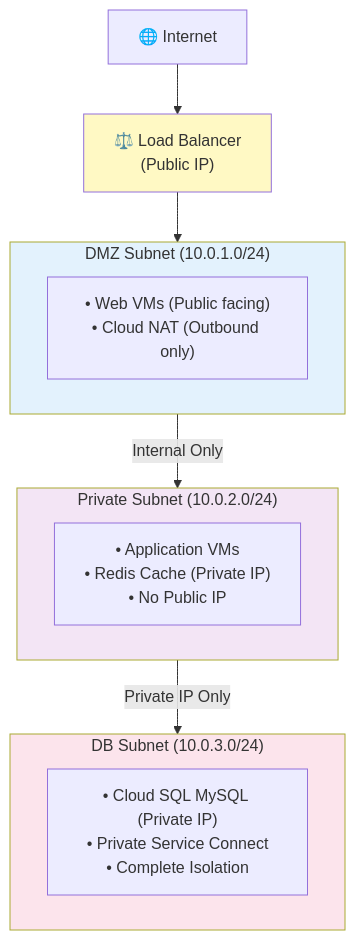
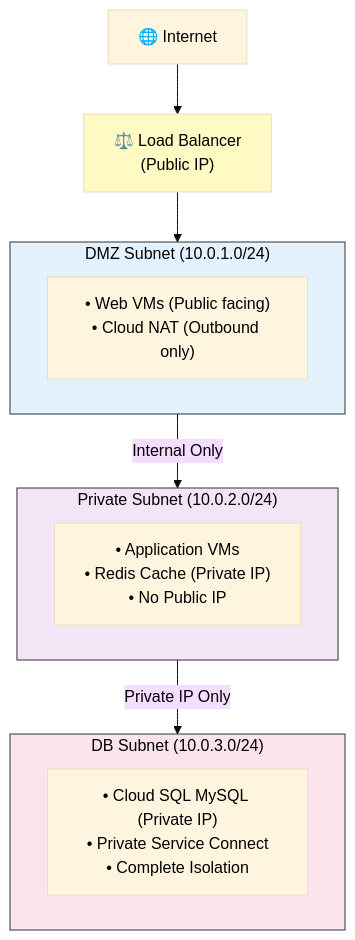
The first of 9 diagrams in terraform_gcp_infra/docs/architecture/network-design.md (JSJ2337/GCP_terraform_code), drawn with Mermaid before and after one commit. The commit also changed other lines of this file and 5 other files, not shown here.

First line of the commit message:
style: Mermaid 다이어그램 제목 가독성 개선

````diff
--- a/terraform_gcp_infra/docs/architecture/network-design.md
+++ b/terraform_gcp_infra/docs/architecture/network-design.md
@@ -7,27 +7,28 @@
 ```mermaid
+%%{init: {'theme': 'base', 'themeVariables': { 'primaryTextColor': '#000000', 'clusterBkg': '#ffffff', 'clusterBorder': '#333333' }}}%%
 flowchart TB
     INET[🌐 Internet]
     LB["⚖️ Load Balancer<br/>(Public IP)"]
 
     subgraph DMZ["DMZ Subnet (10.0.1.0/24)"]
         DMZ_DESC["• Web VMs (Public facing)<br/>• Cloud NAT (Outbound only)"]
     end
 
     subgraph Private["Private Subnet (10.0.2.0/24)"]
         PRIV_DESC["• Application VMs<br/>• Redis Cache (Private IP)<br/>• No Public IP"]
     end
 
     subgraph DB["DB Subnet (10.0.3.0/24)"]
         DB_DESC["• Cloud SQL MySQL (Private IP)<br/>• Private Service Connect<br/>• Complete Isolation"]
     end
 
     INET --> LB
     LB --> DMZ
     DMZ -->|Internal Only| Private
     Private -->|Private IP Only| DB
 
-    style DMZ fill:#e3f2fd
-    style Private fill:#f3e5f5
-    style DB fill:#fce4ec
+    style DMZ fill:#e3f2fd,color:#000000
+    style Private fill:#f3e5f5,color:#000000
+    style DB fill:#fce4ec,color:#000000
     style LB fill:#fff9c4
 ```
````
